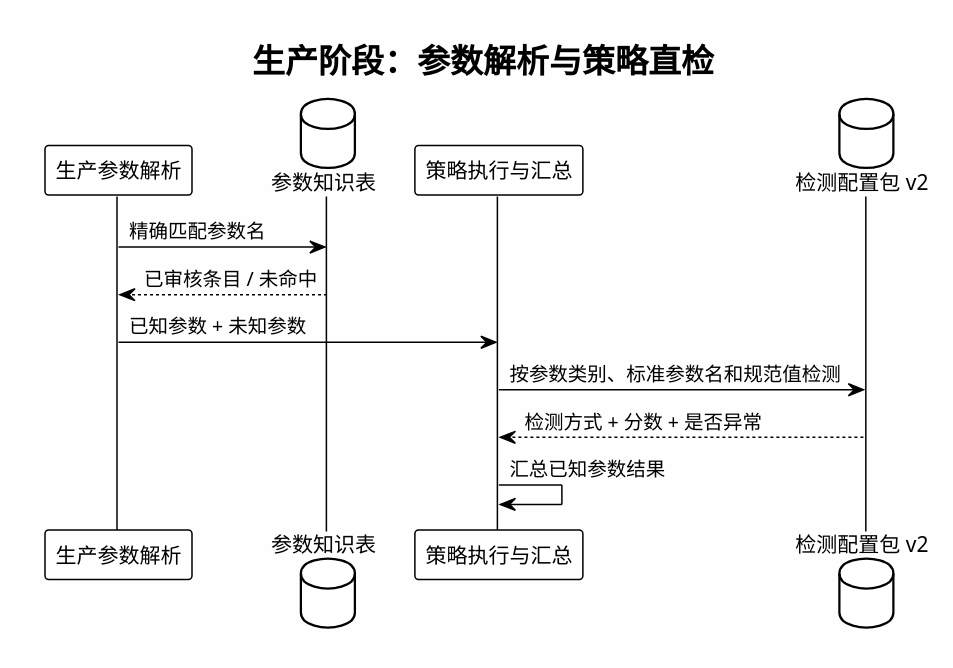
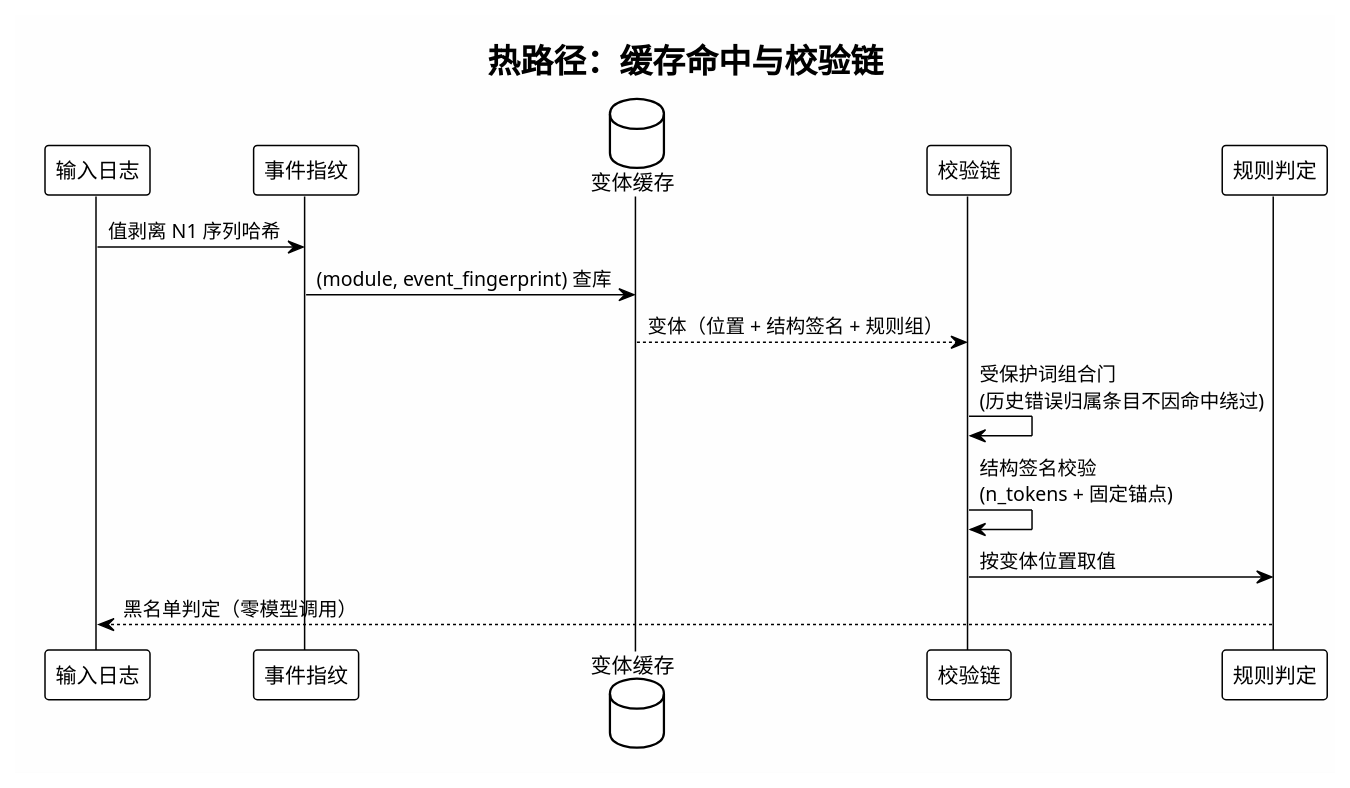
Before and after one commit to HouMonKy/TIG-PIPLUP: the eighth of 14 diagrams in LogNet3.0方案设计与实现文档.md, drawn with PlantUML. The commit also changed other lines of this file, not shown here.

````diff
--- a/LogNet3.0方案设计与实现文档.md
+++ b/LogNet3.0方案设计与实现文档.md
@@ -767,22 +762,24 @@
 ```plantuml
-@startuml Parameter_Online_Sequence
+@startuml Parameter_Hot_Sequence
 !theme plain
 skinparam backgroundColor #FEFEFE
 skinparam shadowing false
 
-title 生产阶段：参数解析与策略直检
+title 热路径：缓存命中与校验链
 
-participant "生产参数解析" as Parser
-database "参数知识表" as Knowledge
-participant "策略执行与汇总" as Detect
-database "检测配置包 v2" as Assets
+participant "输入日志" as Log
+participant "事件指纹" as FP
+database "变体缓存" as Store
+participant "校验链" as Check
+participant "规则判定" as Rule
 
-Parser -> Knowledge: 精确匹配参数名
-Knowledge --> Parser: 已审核条目 / 未命中
-Parser -> Detect: 已知参数 + 未知参数
-Detect -> Assets: 按参数类别、标准参数名和规范值检测
-Assets --> Detect: 检测方式 + 分数 + 是否异常
-Detect -> Detect: 汇总已知参数结果
+Log -> FP: 值剥离 N1 序列哈希
+FP -> Store: (module, event_fingerprint) 查库
+Store --> Check: 变体（位置 + 结构签名 + 规则组）
+Check -> Check: 受保护词组合门\n(历史错误归属条目不因命中绕过)
+Check -> Check: 结构签名校验\n(n_tokens + 固定锚点)
+Check -> Rule: 按变体位置取值
+Rule --> Log: 黑名单判定（零模型调用）
 
 @enduml
 ```
````
